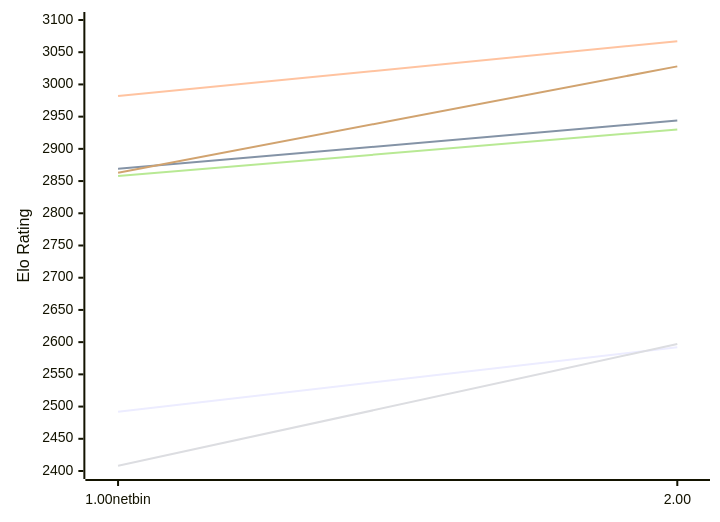
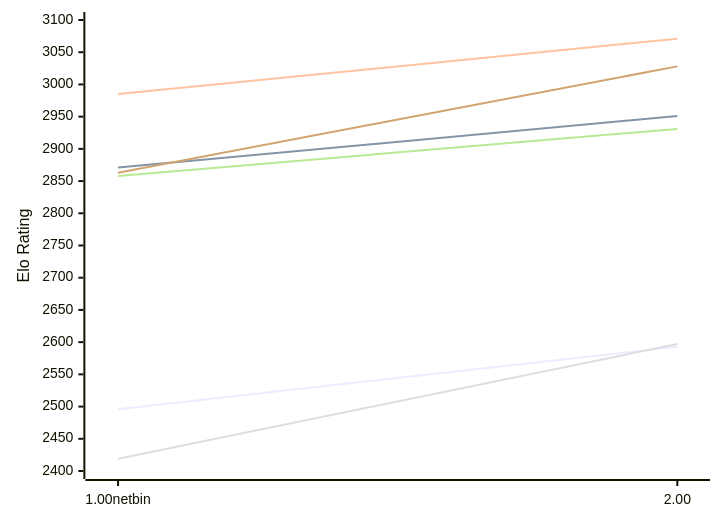
One commit to computer-chess-index/cci changed the first of 2 diagrams in engines/Gilipol.md. Above: the diagram before and after it, drawn with Mermaid. The commit also changed other lines of this file, not shown here.

Commit message:
Update CCI Ratings (ELO VLTC) - 2026-11-22

````diff
--- a/engines/Gilipol.md
+++ b/engines/Gilipol.md
@@ -51,12 +51,12 @@
 ```mermaid
 %%{init: {"theme":"base","themeVariables":{"seriesColors:['#a3a3a3','#222221','#faa371']}}}%%
 xychart-beta
   x-axis ["1.00netbin", "2.00"]
   y-axis "Elo Rating" 2400 --> 3100
-  line "E1: STC (8.0+0.08s)" [2492, 2592]
-  line "E1: LTC (60.0+0.60s)" [2869, 2944]
-  line "E1: VLTC (2m24s+1.12s)" [2982, 3067]
-  line "P1: STC (8.0+0.08s)" [2408, 2597]
-  line "P1: LTC (60.0+0.60s)" [2858, 2930]
+  line "E1: STC (8.0+0.08s)" [2496, 2593]
+  line "E1: LTC (60.0+0.60s)" [2871, 2951]
+  line "E1: VLTC (2m24s+1.12s)" [2985, 3071]
+  line "P1: STC (8.0+0.08s)" [2419, 2597]
+  line "P1: LTC (60.0+0.60s)" [2858, 2931]
   line "P1: VLTC (2m24s+1.12s)" [2863, 3028]
 ```
````
